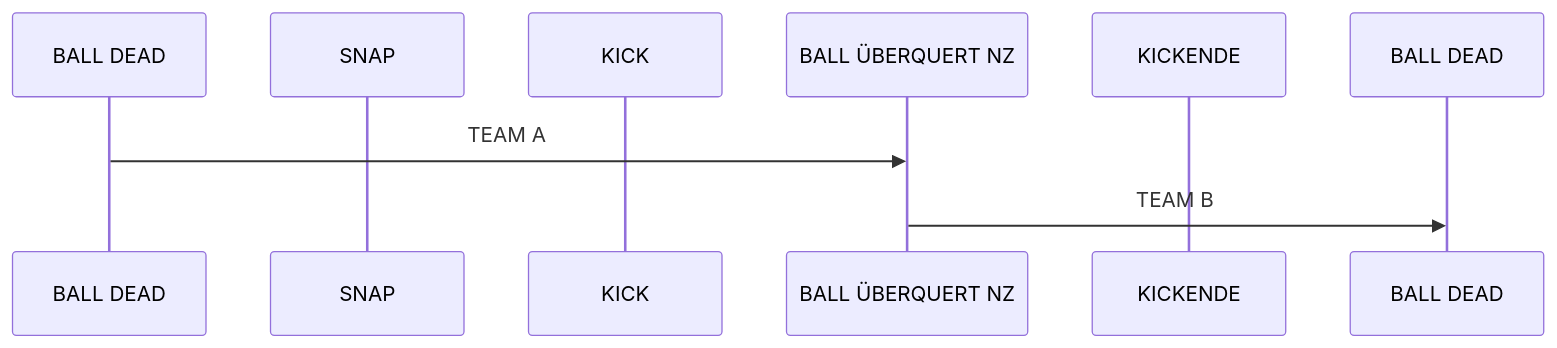
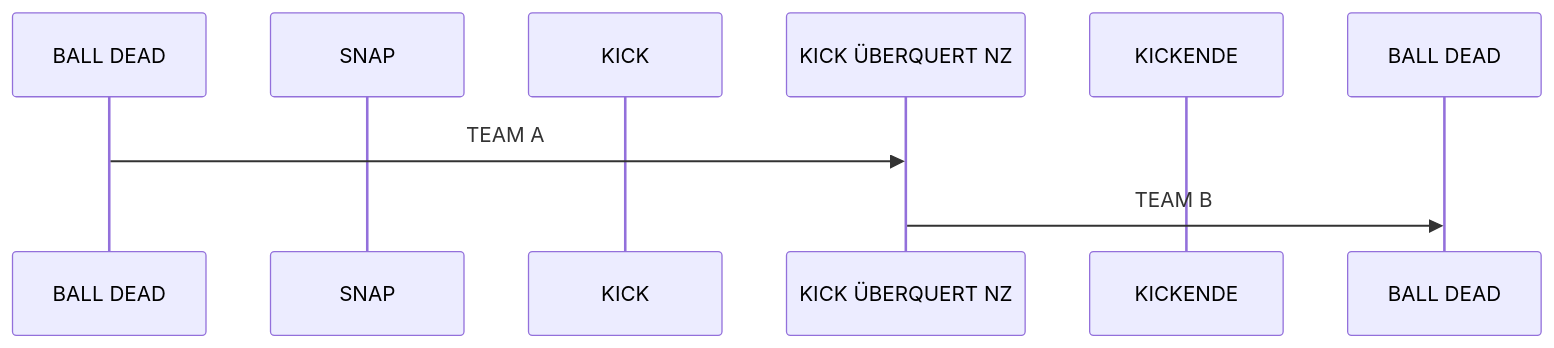
One commit to mschwieger/alizenz changed the first of 4 diagrams in docs/scrimmage_kicks.md. Above: the diagram before and after it, drawn with Mermaid. The commit also changed other lines of this file, not shown here.

````diff
--- a/docs/scrimmage_kicks.md
+++ b/docs/scrimmage_kicks.md
@@ -11,11 +11,11 @@
 ```mermaid
 sequenceDiagram
     participant PREDEAD as BALL DEAD
     participant SNAP
     participant KICK
-    participant NZ as BALL ÜBERQUERT NZ
+    participant NZ as KICK ÜBERQUERT NZ
     participant KICKENDE
     participant BALLDEAD as BALL DEAD
     PREDEAD ->> NZ: TEAM A
     NZ ->> BALLDEAD: TEAM B
 ```
````
